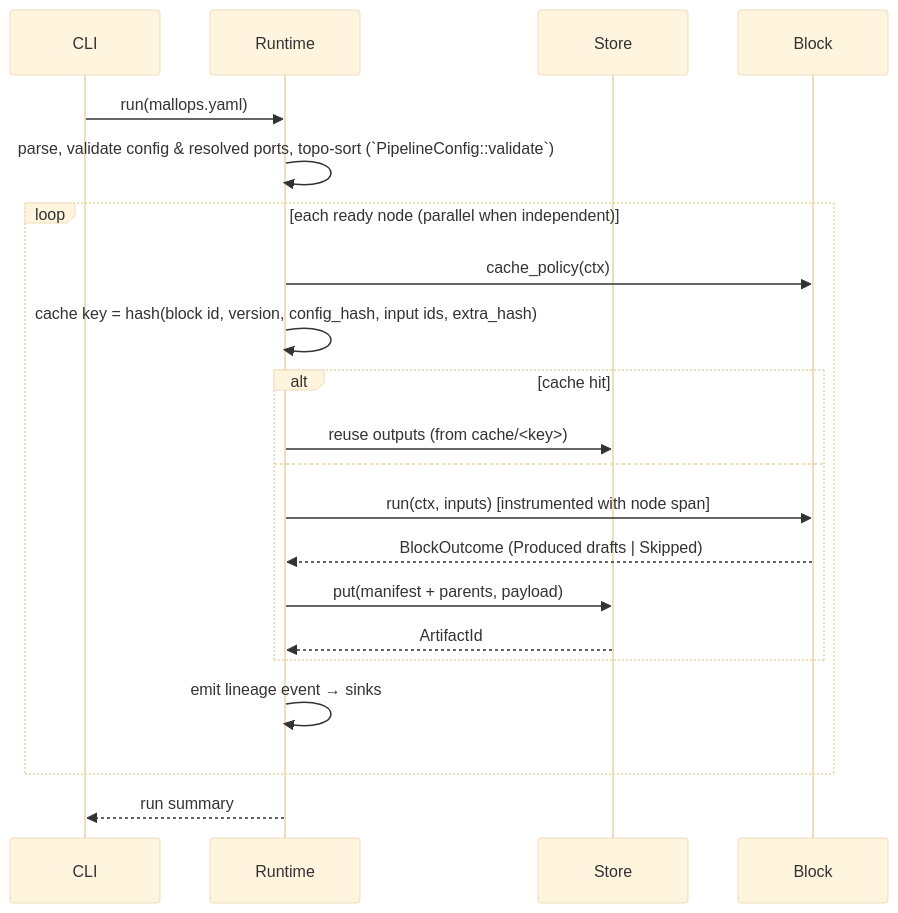
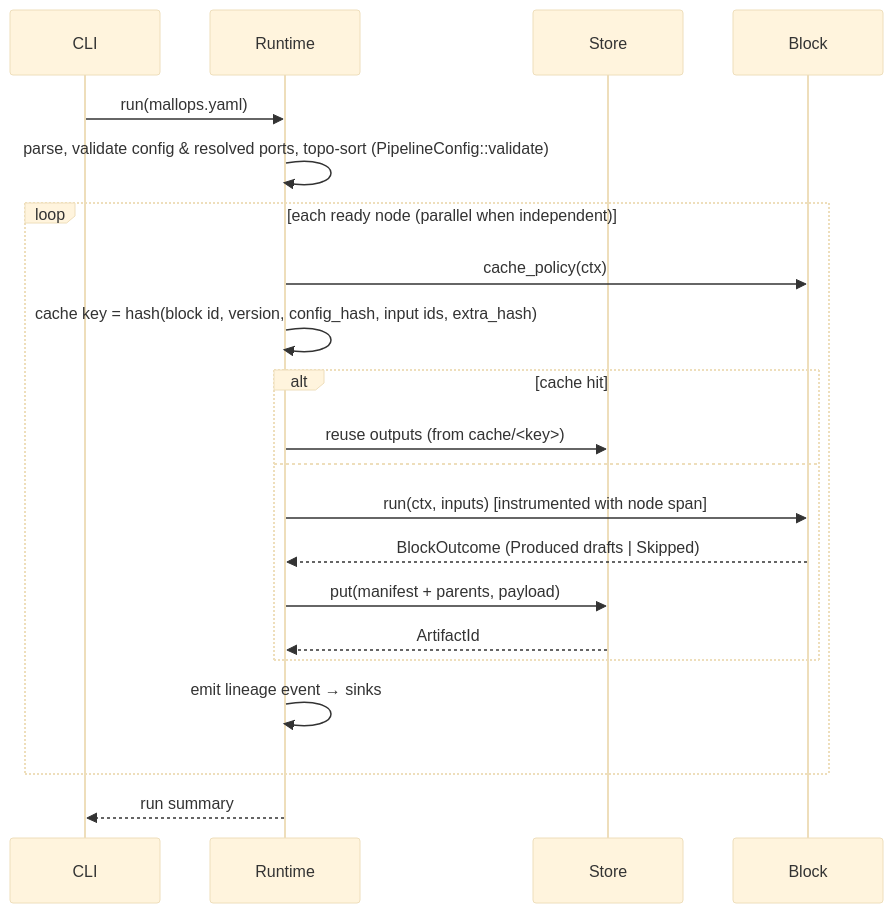
One commit to bighands2304/mallops changed the second of 5 diagrams in docs/ARCHITECTURE.md. Above: the diagram before and after it, drawn with Mermaid (base theme). The commit also changed 5 other files, not shown here.

Commit message:
fix(core): address review of pipeline validation and builder (#6)

````diff
--- a/docs/ARCHITECTURE.md
+++ b/docs/ARCHITECTURE.md
@@ -163,23 +163,23 @@
 ```mermaid
 sequenceDiagram
     participant CLI
     participant Core as Runtime
     participant Store
     participant B as Block
     CLI->>Core: run(mallops.yaml)
-    Core->>Core: parse, validate config & resolved ports, topo-sort (`PipelineConfig::validate`)
+    Core->>Core: parse, validate config & resolved ports, topo-sort (PipelineConfig::validate)
     loop each ready node (parallel when independent)
         Core->>B: cache_policy(ctx)
         Core->>Core: cache key = hash(block id, version, config_hash, input ids, extra_hash)
         alt cache hit
             Core->>Store: reuse outputs (from cache/<key>)
         else
             Core->>B: run(ctx, inputs) [instrumented with node span]
             B-->>Core: BlockOutcome (Produced drafts | Skipped)
             Core->>Store: put(manifest + parents, payload)
             Store-->>Core: ArtifactId
         end
         Core->>Core: emit lineage event → sinks
     end
     Core-->>CLI: run summary
 ```
````
